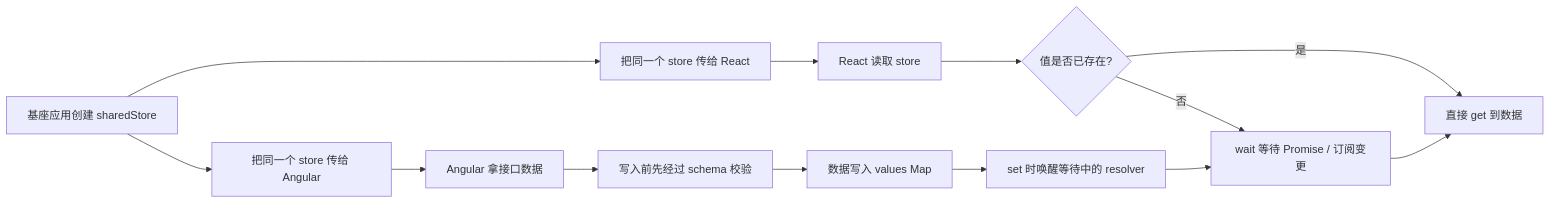
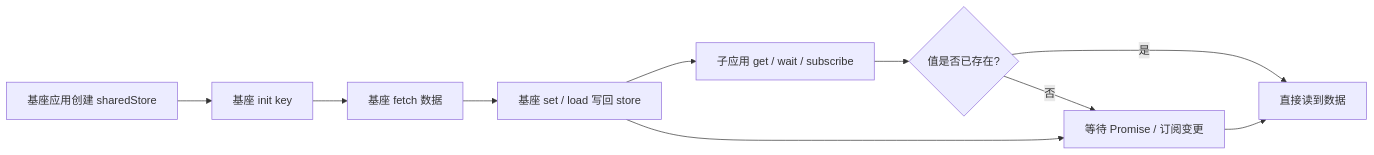
One commit to deltamx-ai/shared-service changed the diagram in README.md. Above: the diagram before and after it, drawn with Mermaid. The commit also changed other lines of this file and 2 other files, not shown here.

Commit message:
refactor: split shared store reader and writer roles

````diff
--- a/README.md
+++ b/README.md
@@ -108,15 +136,12 @@
 ```mermaid
 flowchart LR
-  A[基座应用创建 sharedStore] --> B[把同一个 store 传给 Angular]
-  A --> C[把同一个 store 传给 React]
-  B --> D[Angular 拿接口数据]
-  D --> E[写入前先经过 schema 校验]
-  E --> F[数据写入 values Map]
-  C --> G[React 读取 store]
-  G --> H{值是否已存在?}
-  H -- 是 --> I[直接 get 到数据]
-  H -- 否 --> J[wait 等待 Promise / 订阅变更]
-  F --> K[set 时唤醒等待中的 resolver]
-  K --> J
-  J --> I
+  A[基座应用创建 sharedStore] --> B[基座 init key]
+  B --> C[基座 fetch 数据]
+  C --> D[基座 set / load 写回 store]
+  D --> E[子应用 get / wait / subscribe]
+  E --> F{值是否已存在?}
+  F -- 是 --> G[直接读到数据]
+  F -- 否 --> H[等待 Promise / 订阅变更]
+  D --> H
+  H --> G
 ```
````
